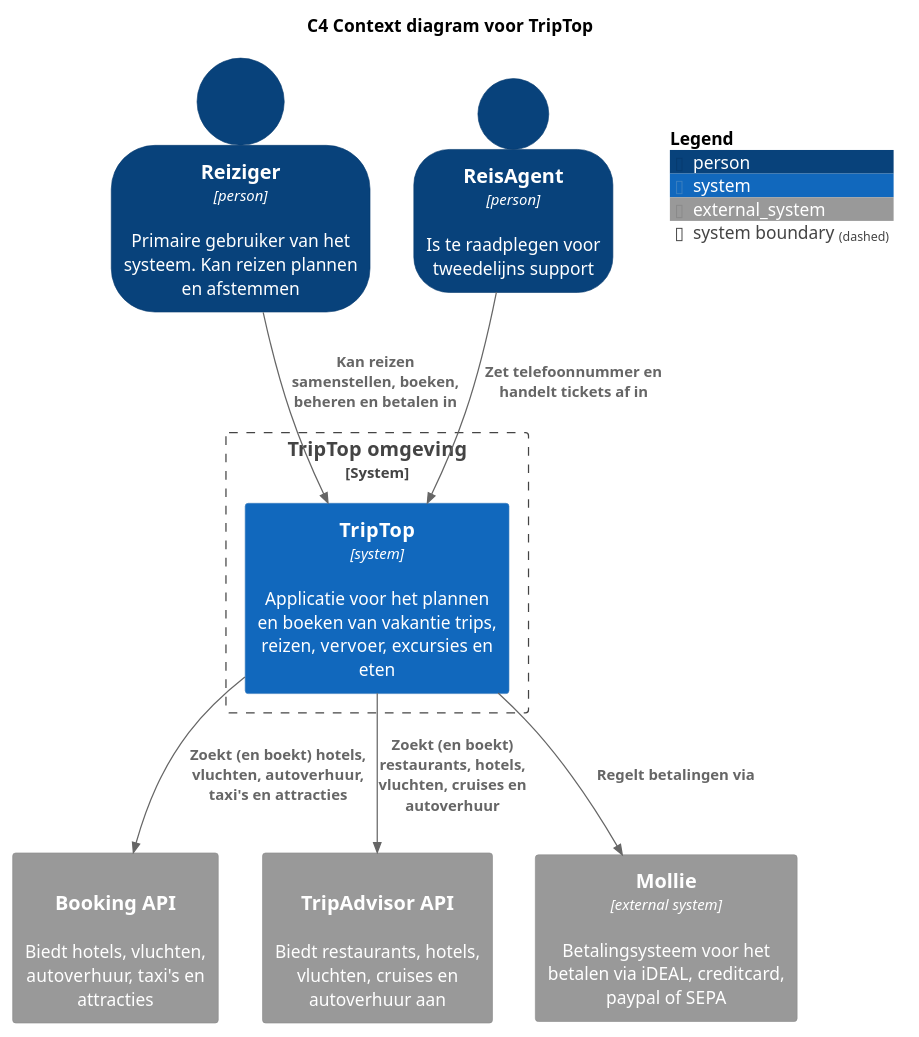
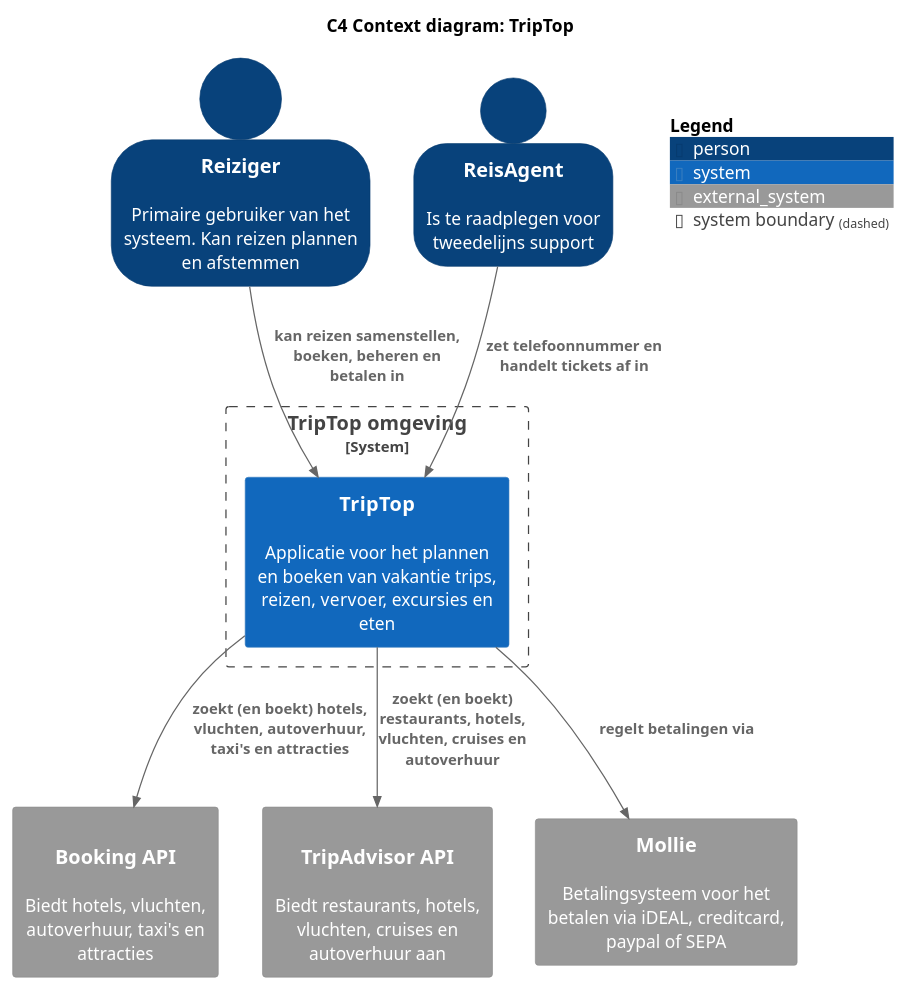
The diagram in software-guidebook/sgb-bestanden/context-diagram.puml (AIM-ENE-feb25/triptop-groep-4-jochem-roald-stijn-a), drawn with PlantUML before and after one commit. The commit also changed 4 other files, not shown here.

Commit message:
C4 diagrammen bijgewerkt

```diff
--- a/software-guidebook/sgb-bestanden/context-diagram.puml
+++ b/software-guidebook/sgb-bestanden/context-diagram.puml
@@ -1,41 +1,41 @@
 @startuml
-title C4 Context diagram voor TripTop
+title C4 Context diagram: TripTop
 !include <C4/C4_Container.puml>
 
 top to bottom direction
 
 SHOW_PERSON_OUTLINE()
 
-Person(reiziger, "Reiziger", "Primaire gebruiker van het systeem. Kan reizen plannen en afstemmen", $type="person")
-Person(reisagent, "ReisAgent", "Is te raadplegen voor tweedelijns support", $type="person")
+Person(reiziger, "Reiziger", "Primaire gebruiker van het systeem. Kan reizen plannen en afstemmen")
+Person(reisagent, "ReisAgent", "Is te raadplegen voor tweedelijns support")
 
 System_Boundary(system, "TripTop omgeving") {
-    System(triptop, "TripTop", "Applicatie voor het plannen en boeken van vakantie trips, reizen, vervoer, excursies en eten", $type="system")
+    System(triptop, "TripTop", "Applicatie voor het plannen en boeken van vakantie trips, reizen, vervoer, excursies en eten")
 }
 
-Rel(reiziger, triptop, "Kan reizen samenstellen, boeken, beheren en betalen in")
-Rel(reisagent, triptop, "Zet telefoonnummer en handelt tickets af in")
-
-'System_Ext(overnachting, "Overnachting API", "Biedt overnachtingen aan van bijv. Booking.com, Airbnb, eigen beheer", $type="external system")
-'System_Ext(vervoer, "Vervoer tussen overnachtingen API", "Biedt vervoer tussen overnachtingen aan van bijv. treinen via NS of Deutsche Bahn, vliegtuig via KLM", $type="external system")
-'System_Ext(reis, "Heen en terugreis API", "Biedt heen en terugreis aan van bijv. eigen vervoer, KLM shuttle, trein", $type="external system")
-'System_Ext(autohuur, "Autohuur API", "Biedt autoverhuur aan van bijv. huurauto via Sixt, Hertz", $type="external system")
-'System_Ext(activiteiten, "Excursies / activiteiten API", "Biedt excursies en activiteiten aan van bijv. via GetYourGuide, Tripadvisor", $type="external system")
-'System_Ext(eten, "Eten en drinken API", "Biedt restaurants en winkels voor eten en drinken aan van bijv. via Takeaway, Eet.nu", $type="external system")
+'System_Ext(overnachting, "Overnachting API", "Biedt overnachtingen aan van bijv. Booking.com, Airbnb, eigen beheer")
+'System_Ext(vervoer, "Vervoer tussen overnachtingen API", "Biedt vervoer tussen overnachtingen aan van bijv. treinen via NS of Deutsche Bahn, vliegtuig via KLM")
+'System_Ext(reis, "Heen en terugreis API", "Biedt heen en terugreis aan van bijv. eigen vervoer, KLM shuttle, trein")
+'System_Ext(autohuur, "Autohuur API", "Biedt autoverhuur aan van bijv. huurauto via Sixt, Hertz")
+'System_Ext(activiteiten, "Excursies / activiteiten API", "Biedt excursies en activiteiten aan van bijv. via GetYourGuide, Tripadvisor")
+'System_Ext(eten, "Eten en drinken API", "Biedt restaurants en winkels voor eten en drinken aan van bijv. via Takeaway, Eet.nu")
 System_Ext(booking, "Booking API", "Biedt hotels, vluchten, autoverhuur, taxi's en attracties", "REST")
 System_Ext(tripadvisor, "TripAdvisor API", "Biedt restaurants, hotels, vluchten, cruises en autoverhuur aan", "REST")
-System_Ext(mollie, "Mollie", "Betalingsysteem voor het betalen via iDEAL, creditcard, paypal of SEPA", $type="external system")
+System_Ext(mollie, "Mollie", "Betalingsysteem voor het betalen via iDEAL, creditcard, paypal of SEPA")
+
+Rel(reiziger, triptop, "kan reizen samenstellen, boeken, beheren en betalen in")
+Rel(reisagent, triptop, "zet telefoonnummer en handelt tickets af in")
 
 'Rel(triptop, overnachting, "Zoekt (en boekt) overnachtingen via")
 'Rel(triptop, vervoer, "Zoekt (en boekt) vervoer tussen overnachtingen via")
 'Rel(triptop, reis, "Zoekt (en boekt) heen en terugreis via")
 'Rel(triptop, autohuur, "Zoekt (en boekt) autohuur via")
 'Rel(triptop, activiteiten, "Zoekt (en boekt) excursies / activiteiten via")
 'Rel(triptop, eten, "Zoekt (en boekt) beschikbare plekken voor eten en drinken via")
-Rel(triptop, booking, "Zoekt (en boekt) hotels, vluchten, autoverhuur, taxi's en attracties")
-Rel(triptop, tripadvisor, "Zoekt (en boekt) restaurants, hotels, vluchten, cruises en autoverhuur")
-Rel(triptop, mollie, "Regelt betalingen via")
+Rel(triptop, booking, "zoekt (en boekt) hotels, vluchten, autoverhuur, taxi's en attracties")
+Rel(triptop, tripadvisor, "zoekt (en boekt) restaurants, hotels, vluchten, cruises en autoverhuur")
+Rel(triptop, mollie, "regelt betalingen via")
 
 SHOW_FLOATING_LEGEND()
 
 @enduml
```
